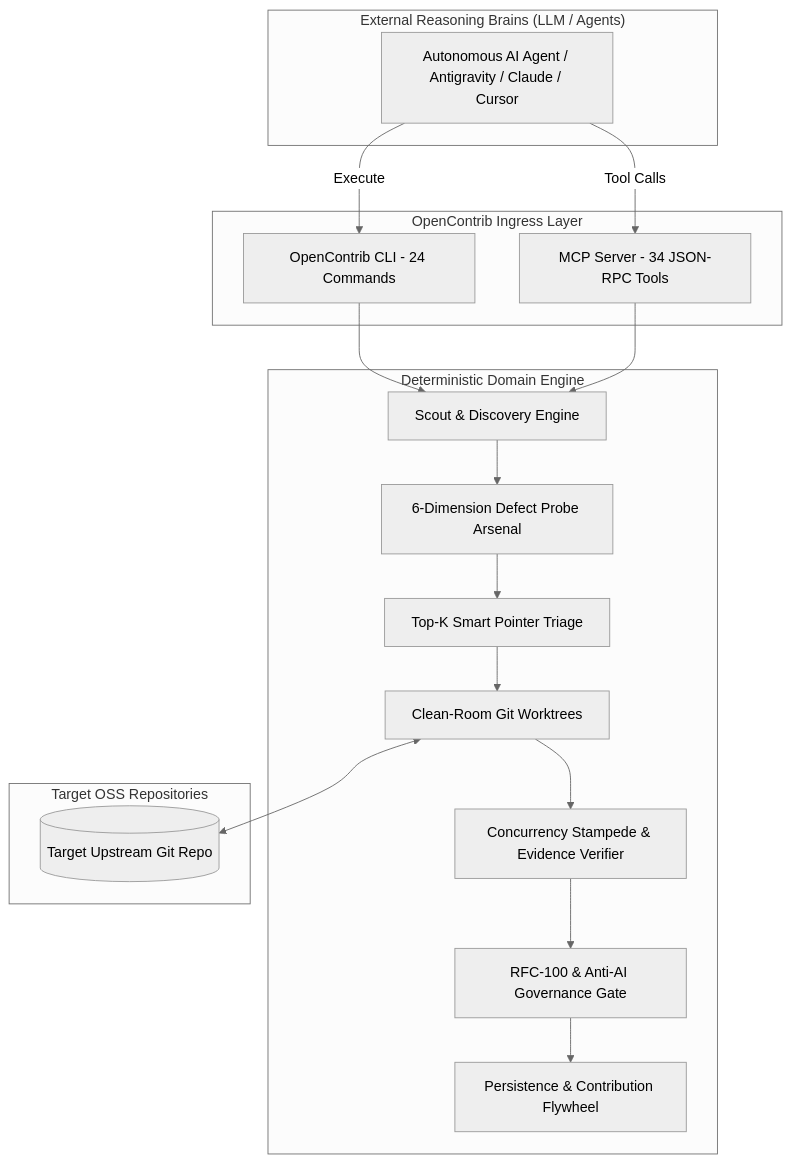
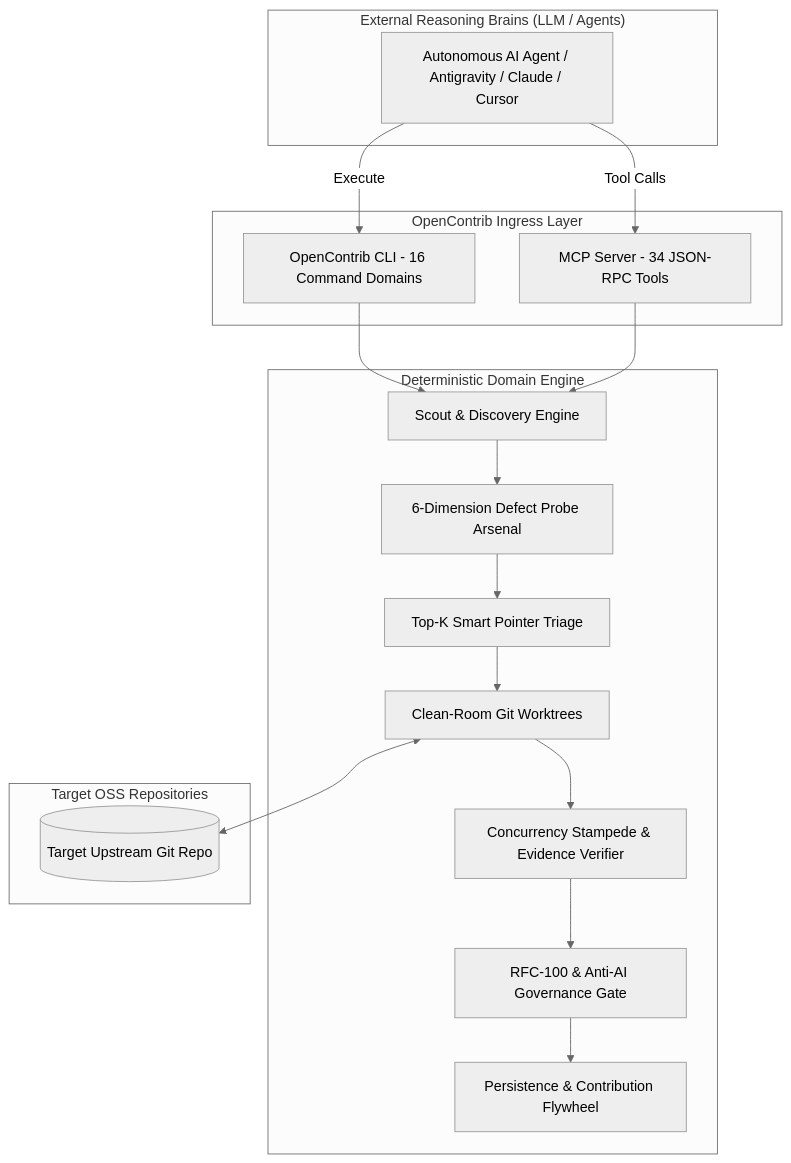
The diagram in ARCHITECTURE.md (MeiSiristhebest/opencontrib), drawn with Mermaid (neutral theme) before and after one commit. The commit also changed other lines of this file and 75 other files, not shown here.

````diff
--- a/ARCHITECTURE.md
+++ b/ARCHITECTURE.md
@@ -9,37 +9,37 @@
 ```mermaid
 graph TD
     subgraph "External Reasoning Brains (LLM / Agents)"
         Agent[Autonomous AI Agent / Antigravity / Claude / Cursor]
     end
 
     subgraph "OpenContrib Ingress Layer"
-        CLI[OpenContrib CLI - 24 Commands]
+        CLI[OpenContrib CLI - 16 Command Domains]
         MCP[MCP Server - 34 JSON-RPC Tools]
     end
 
     subgraph "Deterministic Domain Engine"
         Discovery[Scout & Discovery Engine]
         Probe[6-Dimension Defect Probe Arsenal]
         Pointer[Top-K Smart Pointer Triage]
         Sandbox[Clean-Room Git Worktrees]
         Evidence[Concurrency Stampede & Evidence Verifier]
         Gov[RFC-100 & Anti-AI Governance Gate]
         Flywheel[Persistence & Contribution Flywheel]
     end
 
     subgraph "Target OSS Repositories"
         Repo[(Target Upstream Git Repo)]
     end
 
     Agent -->|Execute| CLI
     Agent -->|Tool Calls| MCP
     CLI --> Discovery
     MCP --> Discovery
     Discovery --> Probe
     Probe --> Pointer
     Pointer --> Sandbox
     Sandbox --> Evidence
     Evidence --> Gov
     Gov --> Flywheel
     Sandbox <--> Repo
 ```
````
